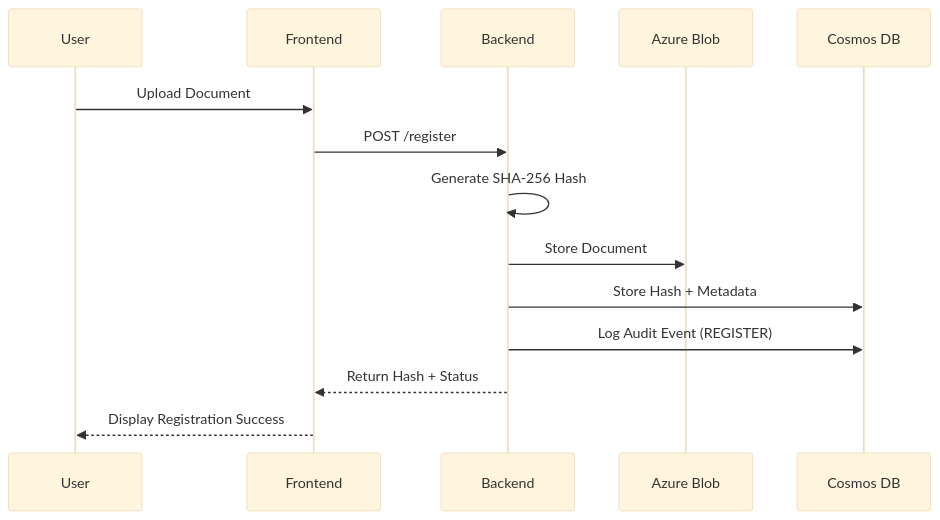
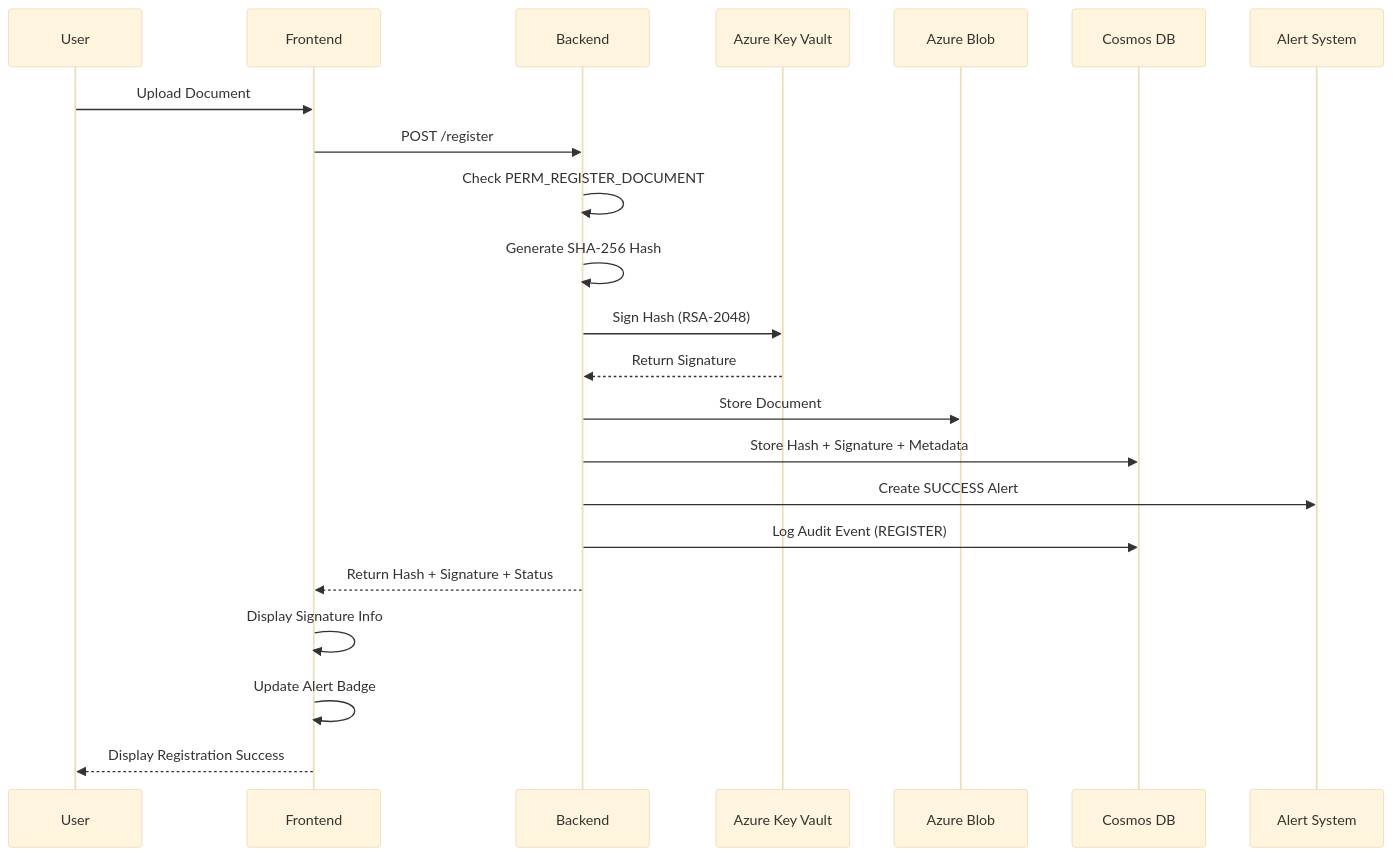
The first of 4 diagrams in README.md (Jatin-code16/varitydoc), drawn with Mermaid (base theme) before and after one commit. The commit also changed other lines of this file and 28 other files, not shown here.

````diff
--- a/README.md
+++ b/README.md
@@ -171,11 +232,17 @@
 ```mermaid
 sequenceDiagram
     User->>Frontend: Upload Document
     Frontend->>Backend: POST /register
+    Backend->>Backend: Check PERM_REGISTER_DOCUMENT
     Backend->>Backend: Generate SHA-256 Hash
+    Backend->>Azure Key Vault: Sign Hash (RSA-2048)
+    Azure Key Vault-->>Backend: Return Signature
     Backend->>Azure Blob: Store Document
-    Backend->>Cosmos DB: Store Hash + Metadata
+    Backend->>Cosmos DB: Store Hash + Signature + Metadata
+    Backend->>Alert System: Create SUCCESS Alert
     Backend->>Cosmos DB: Log Audit Event (REGISTER)
-    Backend-->>Frontend: Return Hash + Status
+    Backend-->>Frontend: Return Hash + Signature + Status
+    Frontend->>Frontend: Display Signature Info
+    Frontend->>Frontend: Update Alert Badge
     Frontend-->>User: Display Registration Success
 ```
````
